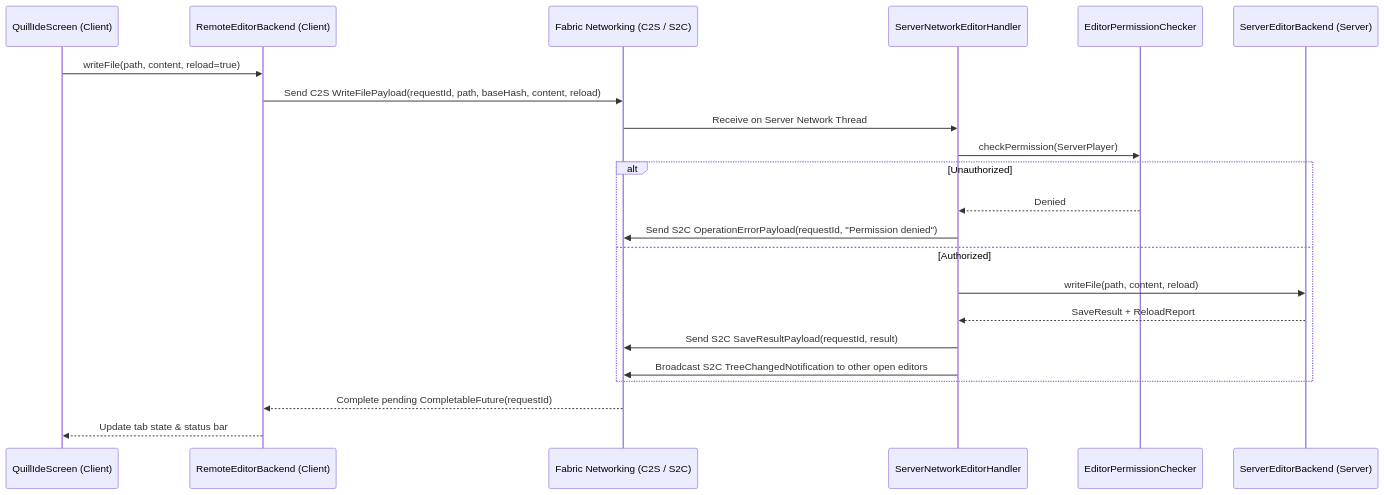
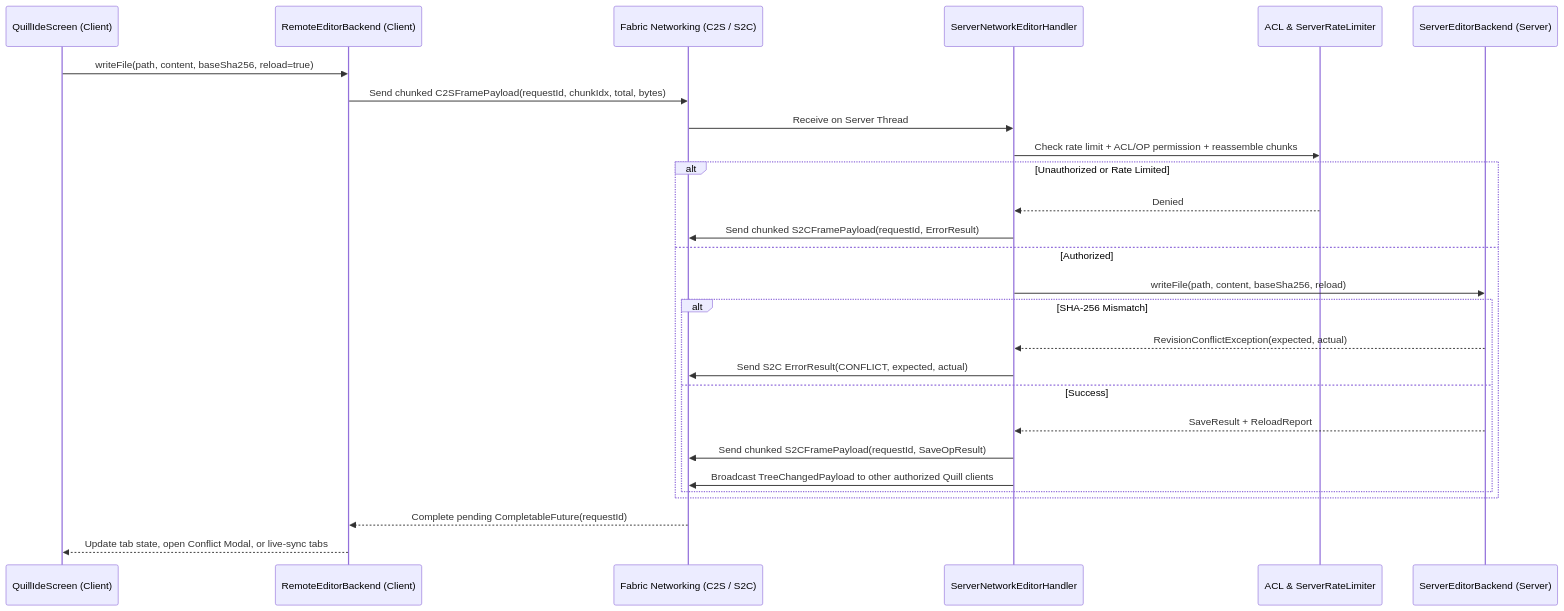
One commit to CatGirlClaude/quill changed the third of 3 diagrams in docs/ARCHITECTURE.md. Above: the diagram before and after it, drawn with Mermaid. The commit also changed other lines of this file and 4 other files, not shown here.

Commit message:
docs: document Phase 3 multiplayer architecture, ADR-008, MC 26.3 networking notes, and update TODO

````diff
--- a/docs/ARCHITECTURE.md
+++ b/docs/ARCHITECTURE.md
@@ -141,25 +153,30 @@
 ```mermaid
 sequenceDiagram
     participant UI as QuillIdeScreen (Client)
     participant Remote as RemoteEditorBackend (Client)
     participant Net as Fabric Networking (C2S / S2C)
     participant Handler as ServerNetworkEditorHandler
-    participant Auth as EditorPermissionChecker
+    participant Guard as ACL & ServerRateLimiter
     participant Service as ServerEditorBackend (Server)
 
-    UI->>Remote: writeFile(path, content, reload=true)
-    Remote->>Net: Send C2S WriteFilePayload(requestId, path, baseHash, content, reload)
-    Net->>Handler: Receive on Server Network Thread
-    Handler->>Auth: checkPermission(ServerPlayer)
-    alt Unauthorized
-        Auth-->>Handler: Denied
-        Handler->>Net: Send S2C OperationErrorPayload(requestId, "Permission denied")
+    UI->>Remote: writeFile(path, content, baseSha256, reload=true)
+    Remote->>Net: Send chunked C2SFramePayload(requestId, chunkIdx, total, bytes)
+    Net->>Handler: Receive on Server Thread
+    Handler->>Guard: Check rate limit + ACL/OP permission + reassemble chunks
+    alt Unauthorized or Rate Limited
+        Guard-->>Handler: Denied
+        Handler->>Net: Send chunked S2CFramePayload(requestId, ErrorResult)
     else Authorized
-        Handler->>Service: writeFile(path, content, reload)
-        Service-->>Handler: SaveResult + ReloadReport
-        Handler->>Net: Send S2C SaveResultPayload(requestId, result)
-        Handler->>Net: Broadcast S2C TreeChangedNotification to other open editors
+        Handler->>Service: writeFile(path, content, baseSha256, reload)
+        alt SHA-256 Mismatch
+            Service-->>Handler: RevisionConflictException(expected, actual)
+            Handler->>Net: Send S2C ErrorResult(CONFLICT, expected, actual)
+        else Success
+            Service-->>Handler: SaveResult + ReloadReport
+            Handler->>Net: Send chunked S2CFramePayload(requestId, SaveOpResult)
+            Handler->>Net: Broadcast TreeChangedPayload to other authorized Quill clients
+        end
     end
     Net-->>Remote: Complete pending CompletableFuture(requestId)
-    Remote-->>UI: Update tab state & status bar
+    Remote-->>UI: Update tab state, open Conflict Modal, or live-sync tabs
 ```
````
